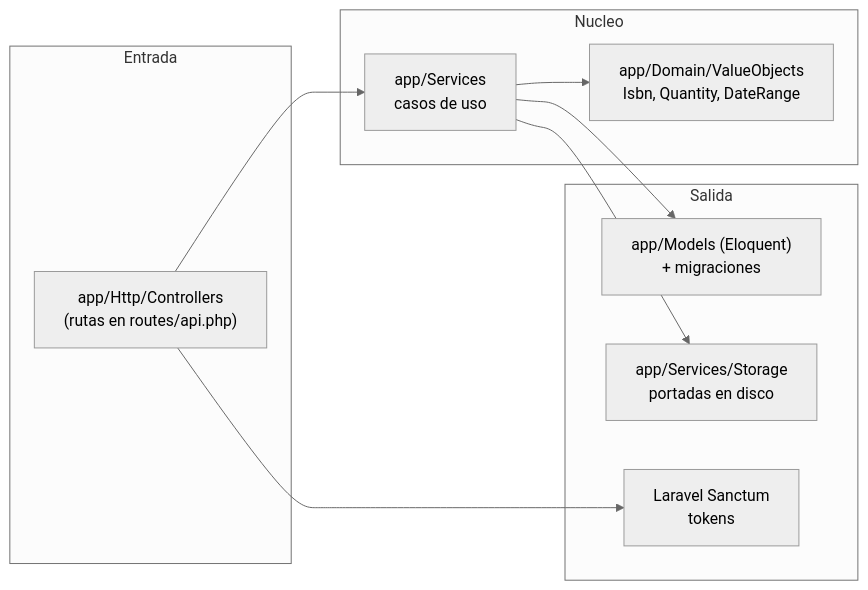
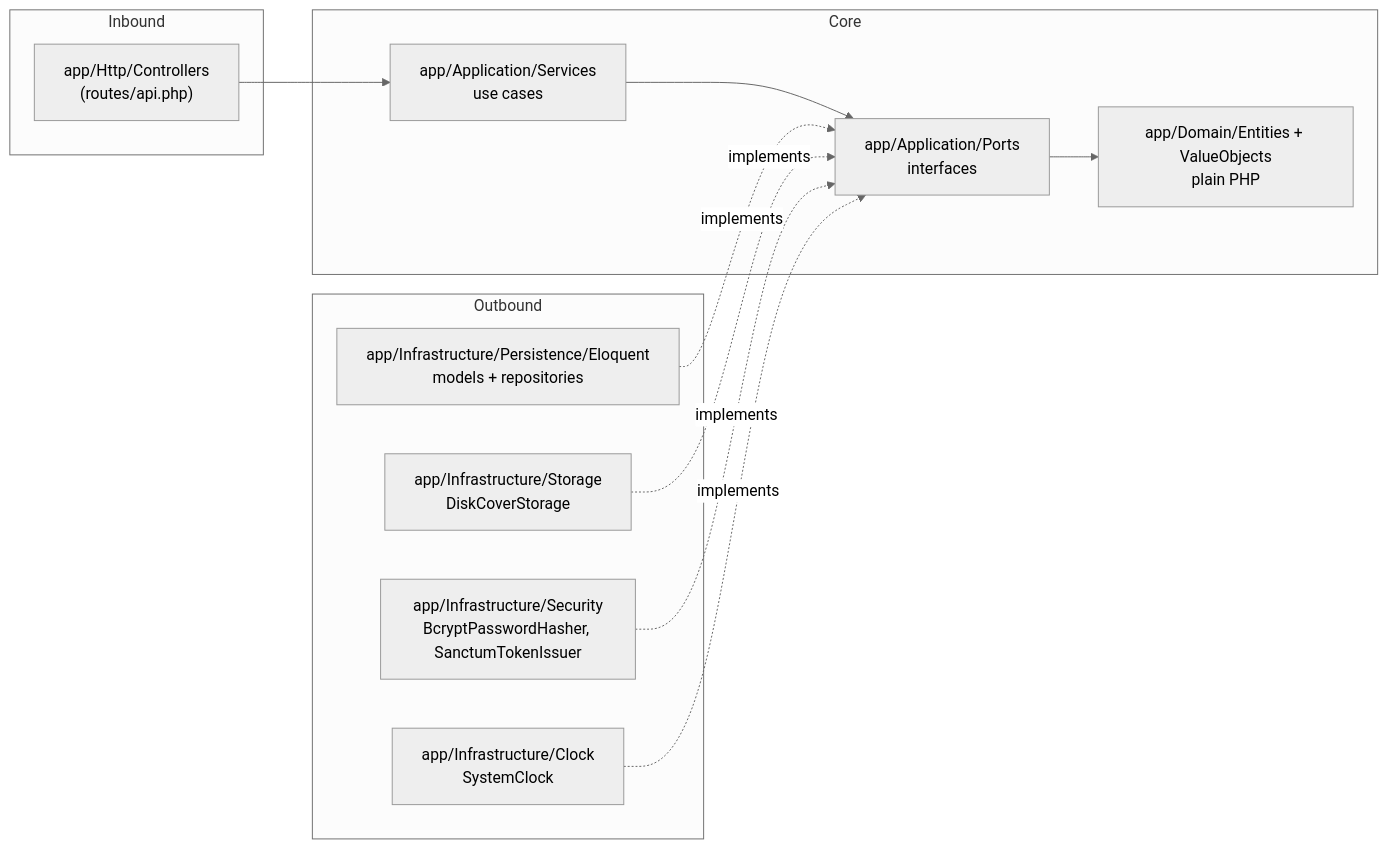
Before and after one commit to thiagxrg/test-manager-library-3145556-docs: the first of 2 diagrams in spec-php/architecture.md, drawn with Mermaid (neutral theme). The commit also changed other lines of this file and 15 other files, not shown here.

First line of the commit message:
docs(spec-php): translate to English, strict hexagonal architecture

````diff
--- a/spec-php/architecture.md
+++ b/spec-php/architecture.md
@@ -9,19 +9,22 @@
 ```mermaid
 flowchart LR
-    subgraph Entrada
-      HTTP["app/Http/Controllers<br/>(rutas en routes/api.php)"]
+    subgraph Inbound
+      HTTP["app/Http/Controllers<br/>(routes/api.php)"]
     end
-    subgraph Nucleo
-      SVC["app/Services<br/>casos de uso"]
-      DOM["app/Domain/ValueObjects<br/>Isbn, Quantity, DateRange"]
+    subgraph Core
+      SVC["app/Application/Services<br/>use cases"]
+      PORT["app/Application/Ports<br/>interfaces"]
+      DOM["app/Domain/Entities + ValueObjects<br/>plain PHP"]
     end
-    subgraph Salida
-      ELO["app/Models (Eloquent)<br/>+ migraciones"]
-      STO["app/Services/Storage<br/>portadas en disco"]
-      AUTH["Laravel Sanctum<br/>tokens"]
+    subgraph Outbound
+      ELO["app/Infrastructure/Persistence/Eloquent<br/>models + repositories"]
+      STO["app/Infrastructure/Storage<br/>DiskCoverStorage"]
+      SEC["app/Infrastructure/Security<br/>BcryptPasswordHasher, SanctumTokenIssuer"]
+      CLK["app/Infrastructure/Clock<br/>SystemClock"]
     end
-    HTTP --> SVC --> DOM
-    SVC --> ELO
-    SVC --> STO
-    HTTP --> AUTH
+    HTTP --> SVC --> PORT --> DOM
+    ELO -.implements.-> PORT
+    STO -.implements.-> PORT
+    SEC -.implements.-> PORT
+    CLK -.implements.-> PORT
 ```
````
